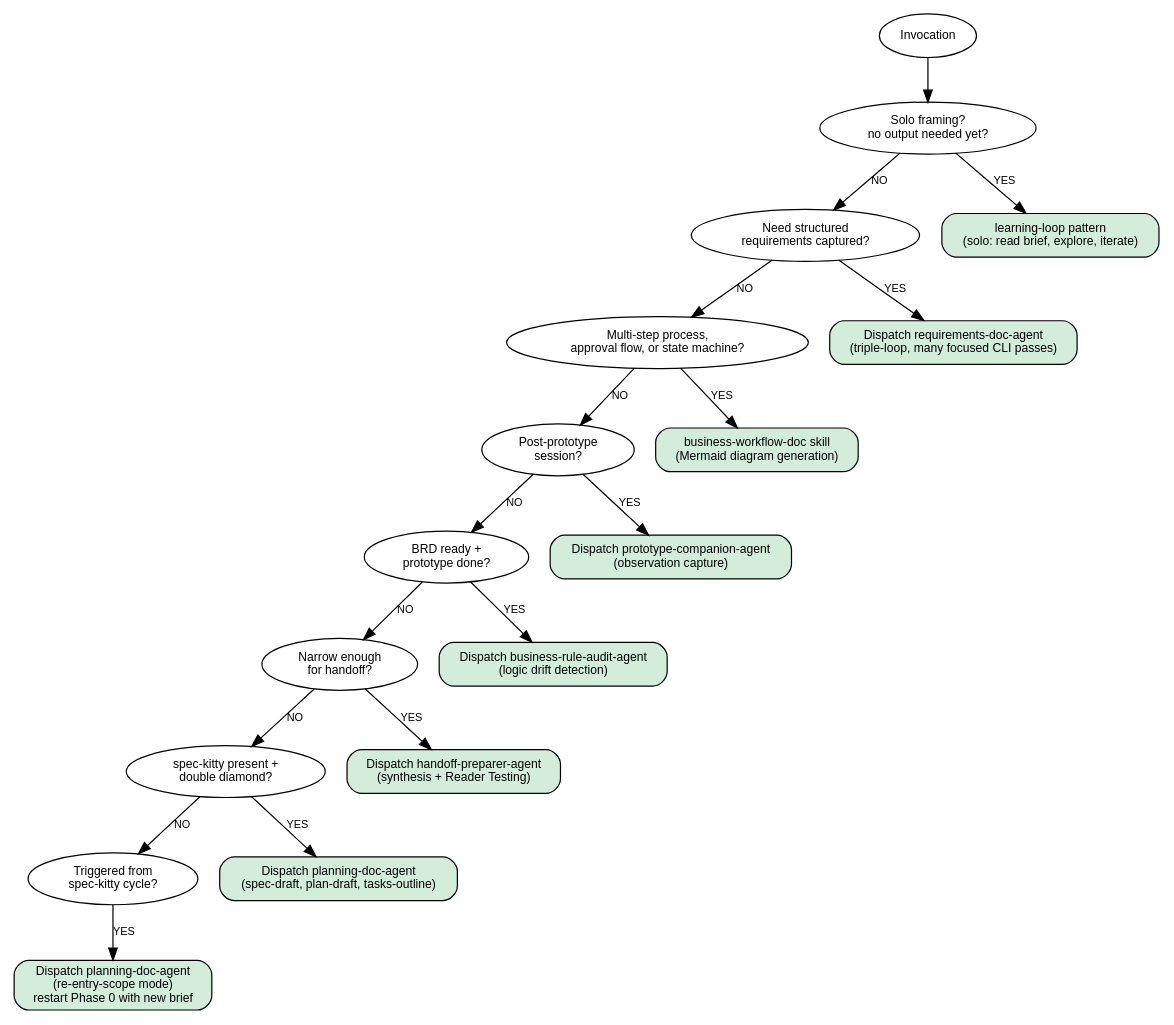
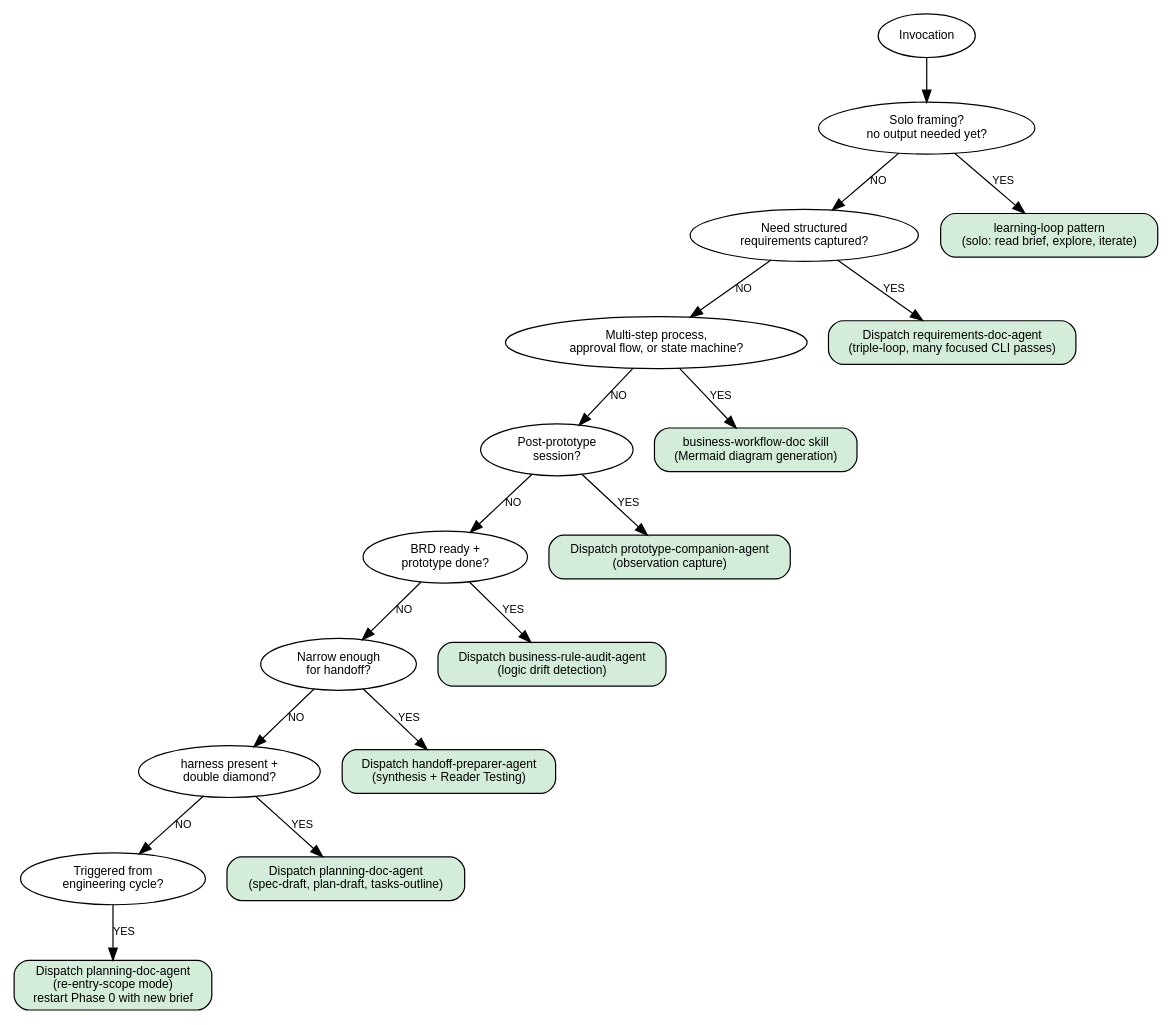
One commit to richfrem/agent-plugins-skills changed the diagram in plugins/exploration-cycle-plugin/agents/exploration-cycle-orchestrator-agent.md. Above: the diagram before and after it, drawn with Graphviz. The commit also changed other lines of this file and 49 other files, not shown here.

````diff
--- a/plugins/exploration-cycle-plugin/agents/exploration-cycle-orchestrator-agent.md
+++ b/plugins/exploration-cycle-plugin/agents/exploration-cycle-orchestrator-agent.md
@@ -81,45 +81,45 @@
 ```dot
 digraph orchestrator_routing {
   rankdir=TB;
   node [shape=diamond, style="rounded,filled", fillcolor=lightyellow, fontname=Helvetica, fontsize=10];
   edge [fontname=Helvetica, fontsize=9];
 
   node [shape=ellipse, fillcolor=white] Invoke [label="Invocation"];
 
   Q1 [label="Solo framing?\nno output needed yet?"];
   Q2 [label="Need structured\nrequirements captured?"];
   Q3 [label="Multi-step process,\napproval flow, or state machine?"];
   Q4 [label="Post-prototype\nsession?"];
   Q5 [label="BRD ready +\nprototype done?"];
   Q6 [label="Narrow enough\nfor handoff?"];
-  Q7 [label="spec-kitty present +\ndouble diamond?"];
-  Q8 [label="Triggered from\nspec-kitty cycle?"];
+  Q7 [label="harness present +\ndouble diamond?"];
+  Q8 [label="Triggered from\nengineering cycle?"];
 
   node [shape=box, fillcolor="#d4edda"];
   LearningLoop [label="learning-loop pattern\n(solo: read brief, explore, iterate)"];
   DualLoop     [label="Dispatch requirements-doc-agent\n(triple-loop, many focused CLI passes)"];
   WorkflowDoc  [label="business-workflow-doc skill\n(Mermaid diagram generation)"];
   Prototype    [label="Dispatch prototype-companion-agent\n(observation capture)"];
   Audit        [label="Dispatch business-rule-audit-agent\n(logic drift detection)"];
   Handoff      [label="Dispatch handoff-preparer-agent\n(synthesis + Reader Testing)"];
   PlanningDraft [label="Dispatch planning-doc-agent\n(spec-draft, plan-draft, tasks-outline)"];
   Reentry      [label="Dispatch planning-doc-agent\n(re-entry-scope mode)\nrestart Phase 0 with new brief"];
 
   Invoke -> Q1;
   Q1 -> LearningLoop [label="YES"];
   Q1 -> Q2 [label="NO"];
   Q2 -> DualLoop [label="YES"];
   Q2 -> Q3 [label="NO"];
   Q3 -> WorkflowDoc [label="YES"];
   Q3 -> Q4 [label="NO"];
   Q4 -> Prototype [label="YES"];
   Q4 -> Q5 [label="NO"];
   Q5 -> Audit [label="YES"];
   Q5 -> Q6 [label="NO"];
   Q6 -> Handoff [label="YES"];
   Q6 -> Q7 [label="NO"];
   Q7 -> PlanningDraft [label="YES"];
   Q7 -> Q8 [label="NO"];
   Q8 -> Reentry [label="YES"];
 }
 ```
````
